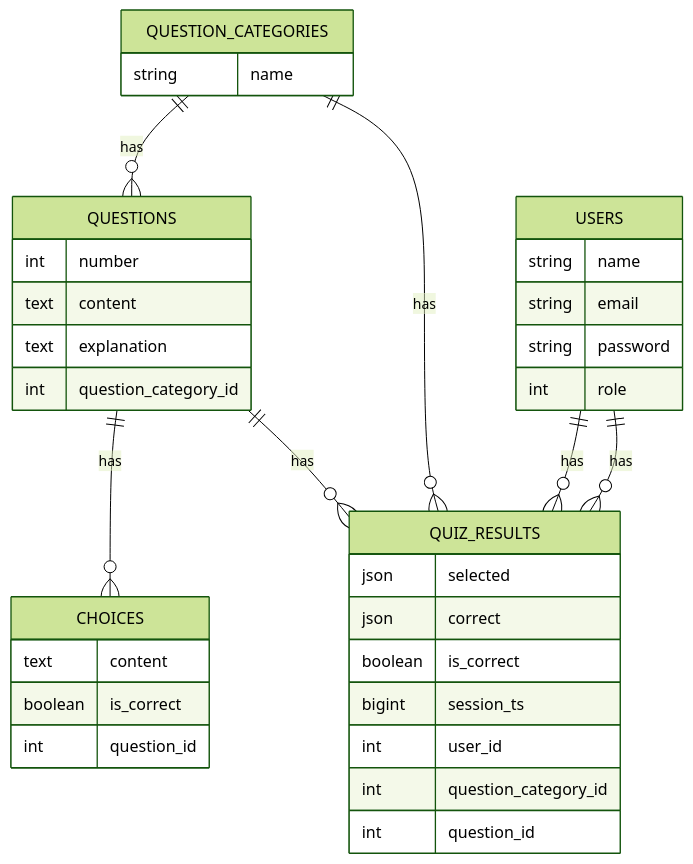
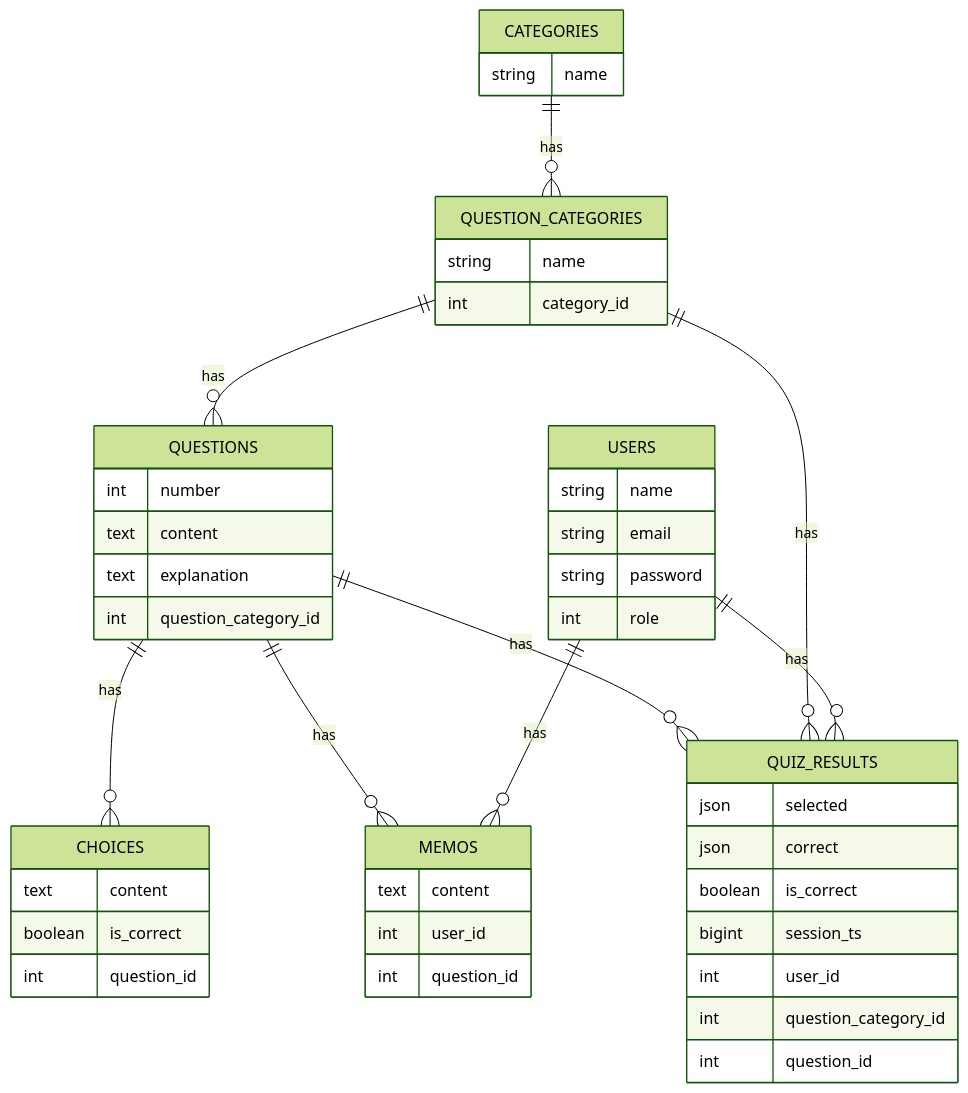
Before and after one commit to ChisatoMatoba/Study_for_Ruby_test: the second of 2 diagrams in README.md, drawn with Mermaid (forest theme).

Commit message:
ER図を更新

````diff
--- a/README.md
+++ b/README.md
@@ -81,39 +81,50 @@
 ```mermaid
 erDiagram
     USERS {
         string name
         string email
         string password
         int role
     }
+    CATEGORIES {
+        string name
+    }
     QUESTION_CATEGORIES {
         string name
+        int category_id
     }
     QUESTIONS {
         int number
         text content
         text explanation
         int question_category_id
     }
     CHOICES {
         text content
         boolean is_correct
         int question_id
     }
     QUIZ_RESULTS {
         json selected
         json correct
         boolean is_correct
         bigint session_ts
         int user_id
         int question_category_id
         int question_id
     }
+    MEMOS {
+        text content
+        int user_id
+        int question_id
+    }
 
     USERS ||--o{ QUIZ_RESULTS : "has"
+    USERS ||--o{ MEMOS : "has"
+    CATEGORIES ||--o{ QUESTION_CATEGORIES : "has"
     QUESTION_CATEGORIES ||--o{ QUESTIONS : "has"
     QUESTIONS ||--o{ CHOICES : "has"
-    USERS ||--o{ QUIZ_RESULTS : "has"
+    QUESTIONS ||--o{ MEMOS : "has"
     QUESTION_CATEGORIES ||--o{ QUIZ_RESULTS : "has"
     QUESTIONS ||--o{ QUIZ_RESULTS : "has"
 ```
````
